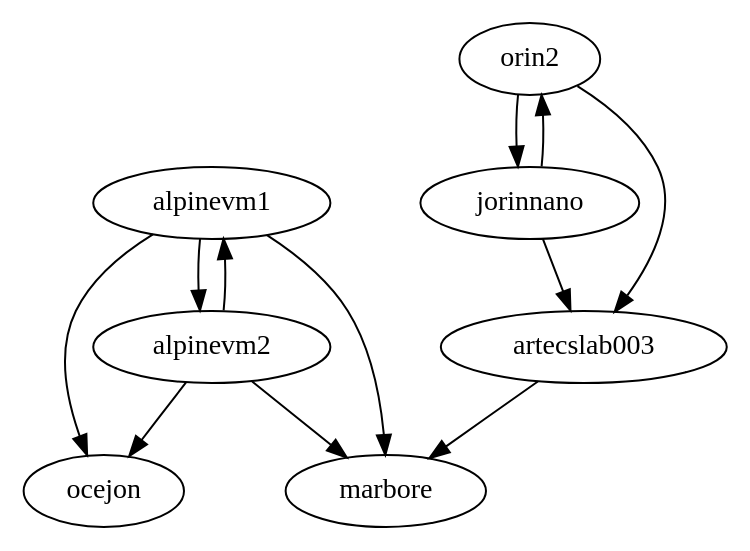
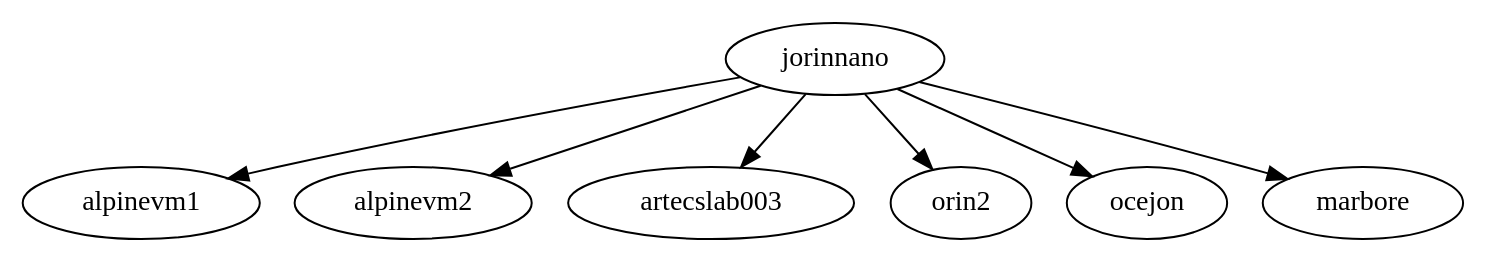
One commit to gulis1/planificacion-inferencia-edge changed the diagram in triton-endpoint-controller/tservice_controller/input.dot. Above: the diagram before and after it, drawn with Graphviz. The commit also changed 8 other files, not shown here.

```diff
--- a/triton-endpoint-controller/tservice_controller/input.dot
+++ b/triton-endpoint-controller/tservice_controller/input.dot
@@ -1,19 +1,8 @@
 digraph G {
-
-  artecslab003 -> marbore
-  //artecslab003 -> ocejon
-  
-  orin2 -> jorinnano
-  orin2 -> artecslab003
-
-  jorinnano ->  orin2
+  jorinnano -> alpinevm1
+  jorinnano -> alpinevm2
   jorinnano -> artecslab003
-
-  alpinevm1 -> marbore
-  alpinevm1 -> ocejon
-  alpinevm1 -> alpinevm2
-
-  alpinevm2 -> marbore
-  alpinevm2 -> ocejon
-  alpinevm2 -> alpinevm1
+  jorinnano -> orin2
+  jorinnano -> ocejon
+  jorinnano -> marbore
 }
```
